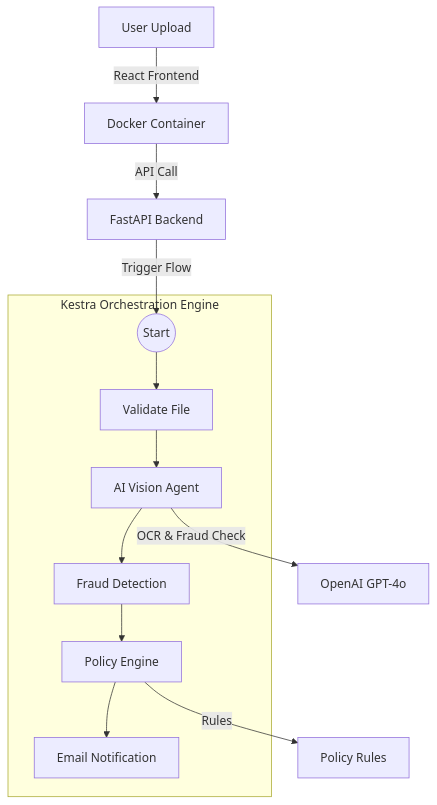
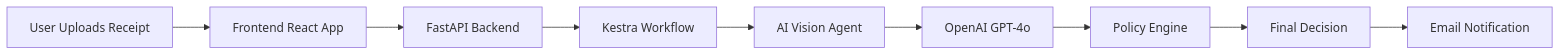
The diagram in README.md (sankar1mani/claimguardAI), drawn with Mermaid before and after one commit. The commit also changed other lines of this file and 3 other files, not shown here.

````diff
--- a/README.md
+++ b/README.md
@@ -27,17 +52,11 @@
 ```mermaid
-graph TD
-    User[User Upload] -->|React Frontend| Docker[Docker Container]
-    Docker -->|API Call| Backend[FastAPI Backend]
-    
-    subgraph "Kestra Orchestration Engine"
-        Start((Start)) --> Validate[Validate File]
-        Validate --> Vision[AI Vision Agent]
-        Vision --> Fraud[Fraud Detection]
-        Fraud --> Policy[Policy Engine]
-        Policy --> MockEmail[Email Notification]
-    end
-    
-    Backend -->|Trigger Flow| Start
-    Vision -->|OCR & Fraud Check| OpenAI[OpenAI GPT-4o]
-    Policy -->|Rules| JSON[Policy Rules]
+graph LR
+    A[User Uploads Receipt] --> B[Frontend React App]
+    B --> C[FastAPI Backend]
+    C --> D[Kestra Workflow]
+    D --> E[AI Vision Agent]
+    E --> F[OpenAI GPT-4o]
+    F --> G[Policy Engine]
+    G --> H[Final Decision]
+    H --> I[Email Notification]
 ```
````
